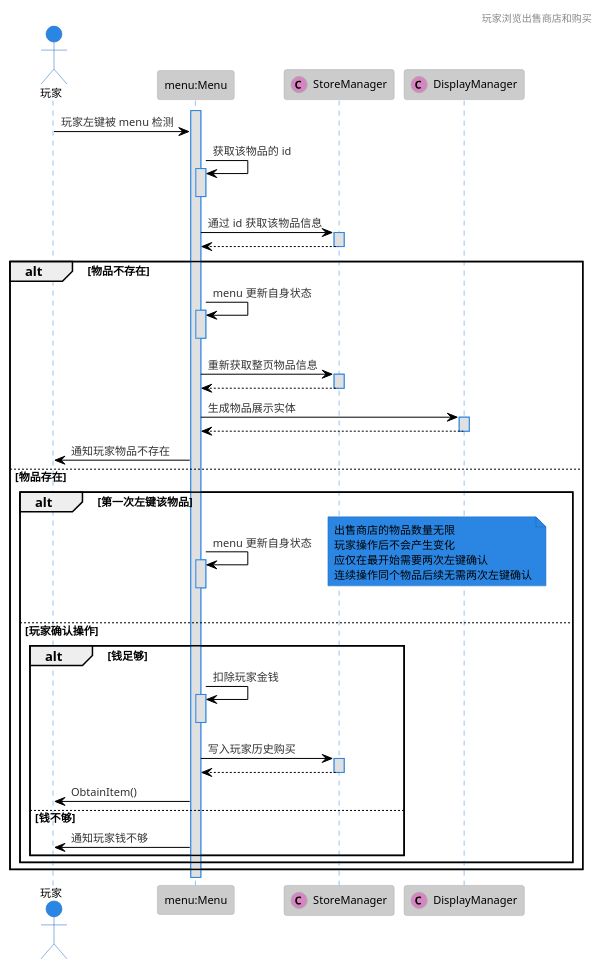
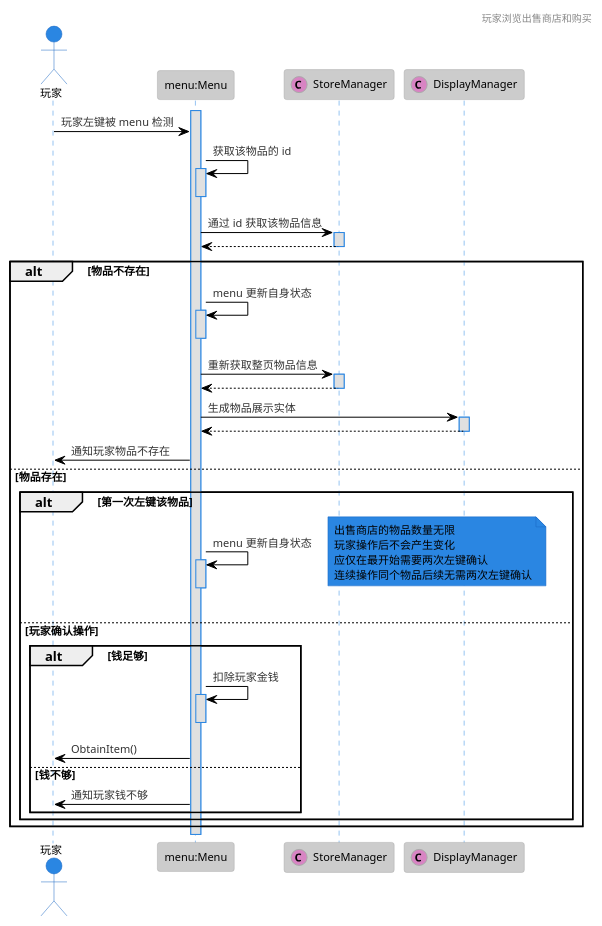
Before and after one commit to HeartingBe/GlobalShop_v3: the diagram in doc/uml/sequence_diagram/player_view_sell_shop_and_buy.plantuml, drawn with PlantUML. The commit also changed 41 other files, not shown here.

```diff
--- a/doc/uml/sequence_diagram/player_view_sell_shop_and_buy.plantuml
+++ b/doc/uml/sequence_diagram/player_view_sell_shop_and_buy.plantuml
@@ -1,61 +1,57 @@
 @startuml sequence diagram
 !theme reddress-lightblue
 
 header 玩家浏览出售商店和购买
 
 actor 玩家 as player
 participant "menu:Menu" as Menu
 participant StoreManager <<(C, #d884c3)>>
 participant DisplayManager <<(C, #d884c3)>>
 
 activate Menu
 
 player -> Menu : 玩家左键被 menu 检测
 Menu -> Menu : 获取该物品的 id
 activate Menu
 deactivate Menu
 Menu -> StoreManager : 通过 id 获取该物品信息
 activate StoreManager
 Menu <-- StoreManager
 deactivate StoreManager
 alt 物品不存在
    Menu -> Menu : menu 更新自身状态
    activate Menu
    deactivate Menu
    Menu -> StoreManager : 重新获取整页物品信息
    activate StoreManager
    Menu <-- StoreManager
    deactivate StoreManager
    Menu -> DisplayManager : 生成物品展示实体
    activate DisplayManager
    Menu <-- DisplayManager
    deactivate DisplayManager
    player <- Menu : 通知玩家物品不存在
 else 物品存在
    alt 第一次左键该物品
       Menu -> Menu : menu 更新自身状态
       note right
          出售商店的物品数量无限
          玩家操作后不会产生变化
          应仅在最开始需要两次左键确认
          连续操作同个物品后续无需两次左键确认
       end note
       activate Menu
       deactivate Menu
    else 玩家确认操作
       alt 钱足够
          Menu -> Menu : 扣除玩家金钱
          activate Menu
          deactivate Menu
-         Menu -> StoreManager : 写入玩家历史购买
-         activate StoreManager
-         Menu <-- StoreManager
-         deactivate StoreManager
          player <- Menu : ObtainItem()
       else 钱不够
          player <- Menu : 通知玩家钱不够
       end
    end
 end
 
 @enduml
```
